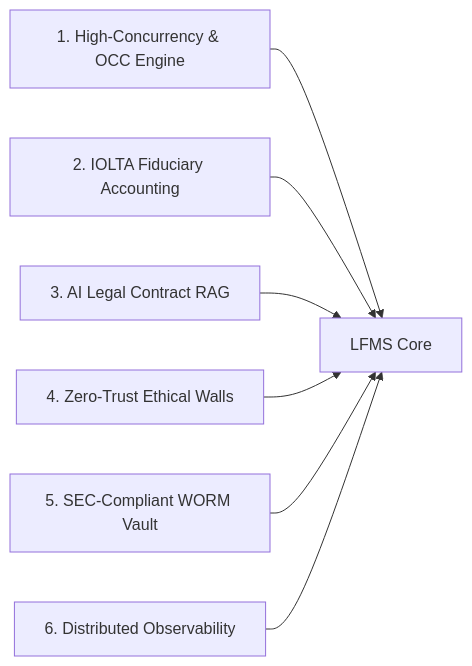
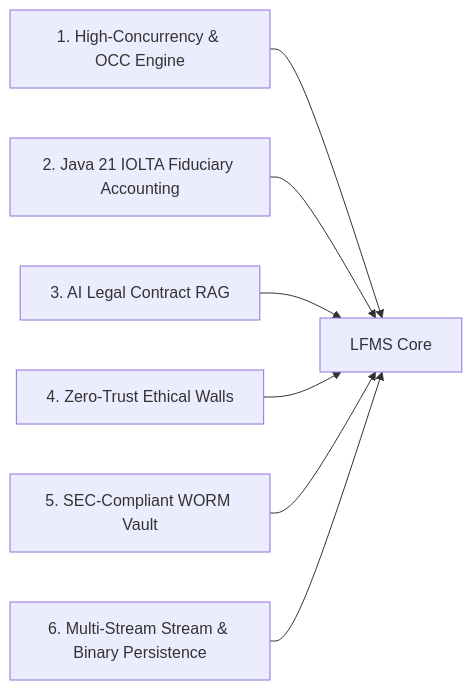
One commit to AryanK0/Law-Firm-System changed the second of 3 diagrams in README.md. Above: the diagram before and after it, drawn with Mermaid. The commit also changed other lines of this file and 30 other files, not shown here.

````diff
--- a/README.md
+++ b/README.md
@@ -107,9 +108,9 @@
 ```mermaid
 graph LR
     P1["1. High-Concurrency & OCC Engine"] --> ARCH[LFMS Core]
-    P2["2. IOLTA Fiduciary Accounting"] --> ARCH
+    P2["2. Java 21 IOLTA Fiduciary Accounting"] --> ARCH
     P3["3. AI Legal Contract RAG"] --> ARCH
     P4["4. Zero-Trust Ethical Walls"] --> ARCH
     P5["5. SEC-Compliant WORM Vault"] --> ARCH
-    P6["6. Distributed Observability"] --> ARCH
+    P6["6. Multi-Stream Stream & Binary Persistence"] --> ARCH
 ```
````
